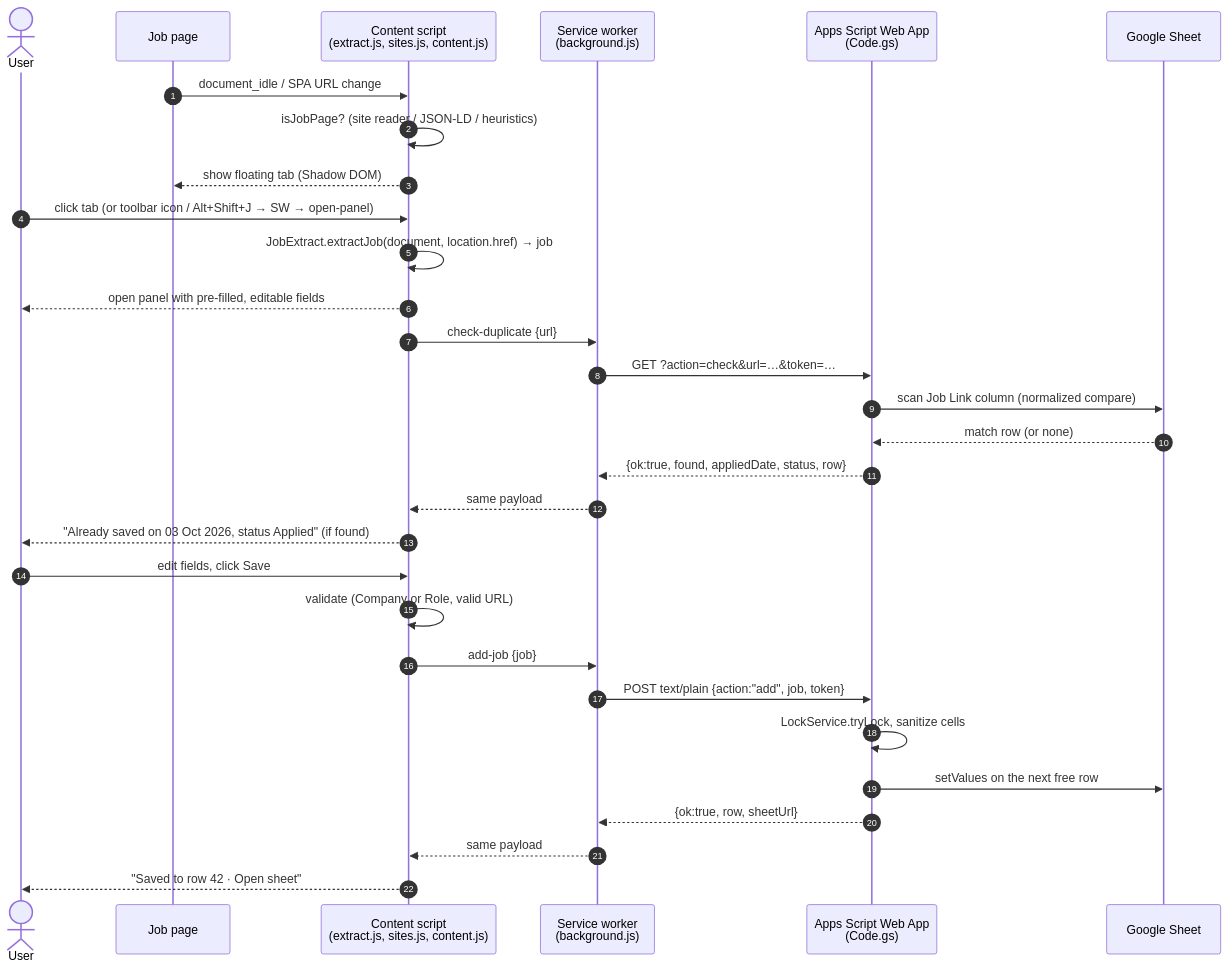
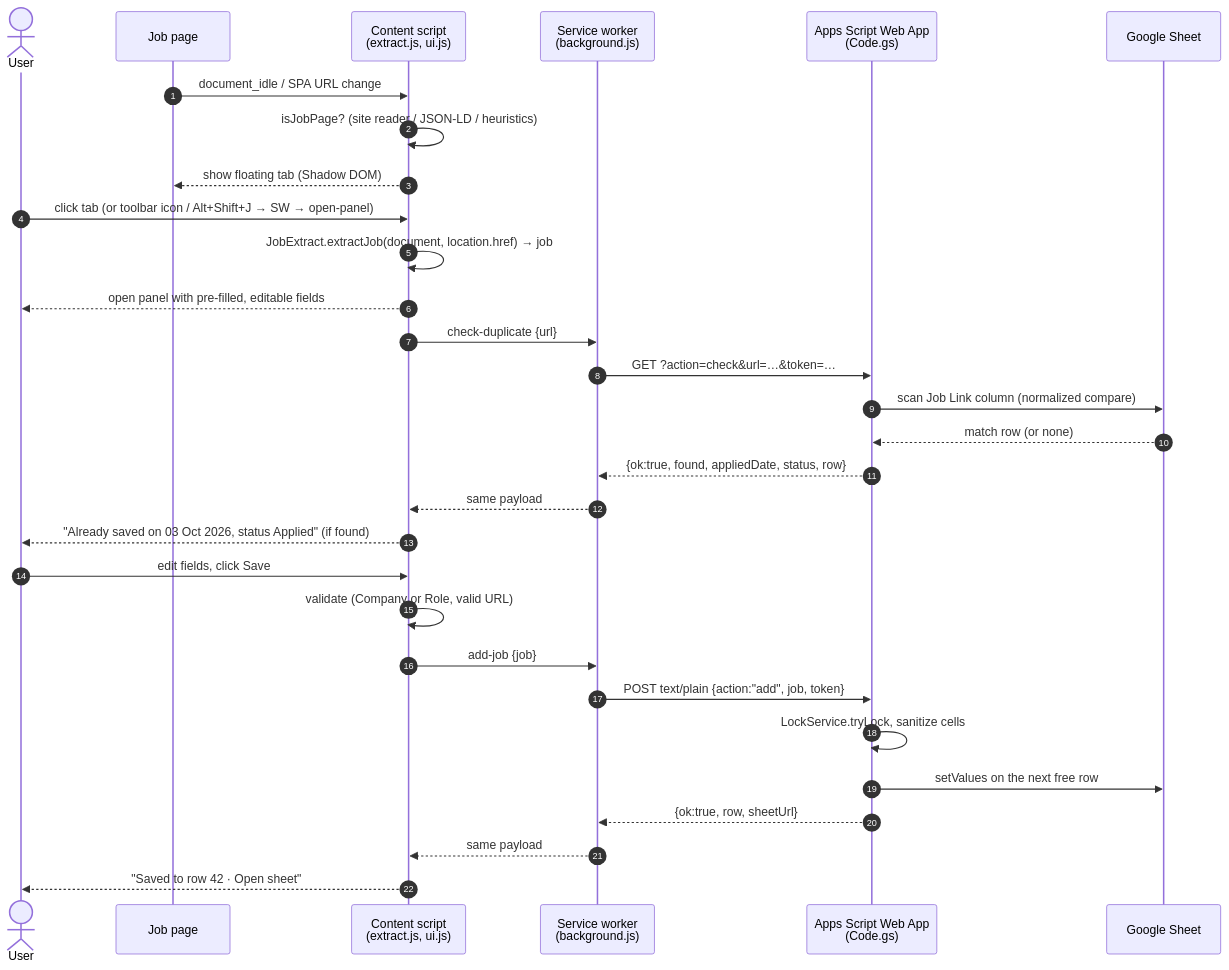
Before and after one commit to piyushd12/job-application-tracker: the diagram in docs/ARCHITECTURE.md, drawn with Mermaid. The commit also changed other lines of this file and 1 other file, not shown here.

````diff
--- a/docs/ARCHITECTURE.md
+++ b/docs/ARCHITECTURE.md
@@ -54,33 +54,33 @@
 ```mermaid
 sequenceDiagram
     autonumber
     actor U as User
     participant P as Job page
-    participant CS as Content script<br/>(extract.js, sites.js, content.js)
+    participant CS as Content script<br/>(extract.js, ui.js)
     participant SW as Service worker<br/>(background.js)
     participant AS as Apps Script Web App<br/>(Code.gs)
     participant S as Google Sheet
 
     P->>CS: document_idle / SPA URL change
     CS->>CS: isJobPage? (site reader / JSON-LD / heuristics)
     CS-->>P: show floating tab (Shadow DOM)
     U->>CS: click tab (or toolbar icon / Alt+Shift+J → SW → open-panel)
     CS->>CS: JobExtract.extractJob(document, location.href) → job
     CS-->>U: open panel with pre-filled, editable fields
     CS->>SW: check-duplicate {url}
     SW->>AS: GET ?action=check&url=…&token=…
     AS->>S: scan Job Link column (normalized compare)
     S-->>AS: match row (or none)
     AS-->>SW: {ok:true, found, appliedDate, status, row}
     SW-->>CS: same payload
     CS-->>U: "Already saved on 03 Oct 2026, status Applied" (if found)
     U->>CS: edit fields, click Save
     CS->>CS: validate (Company or Role, valid URL)
     CS->>SW: add-job {job}
     SW->>AS: POST text/plain {action:"add", job, token}
     AS->>AS: LockService.tryLock, sanitize cells
     AS->>S: setValues on the next free row
     AS-->>SW: {ok:true, row, sheetUrl}
     SW-->>CS: same payload
     CS-->>U: "Saved to row 42 · Open sheet"
 ```
````
